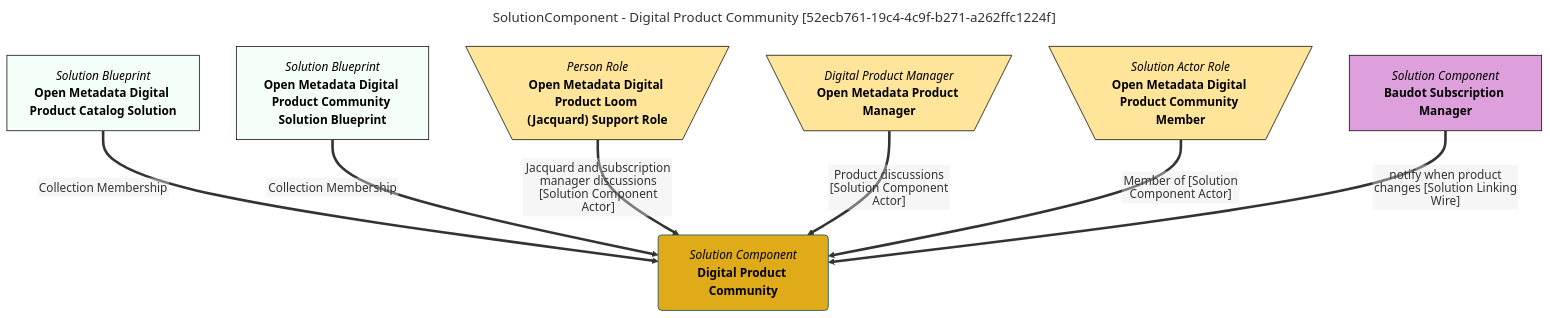
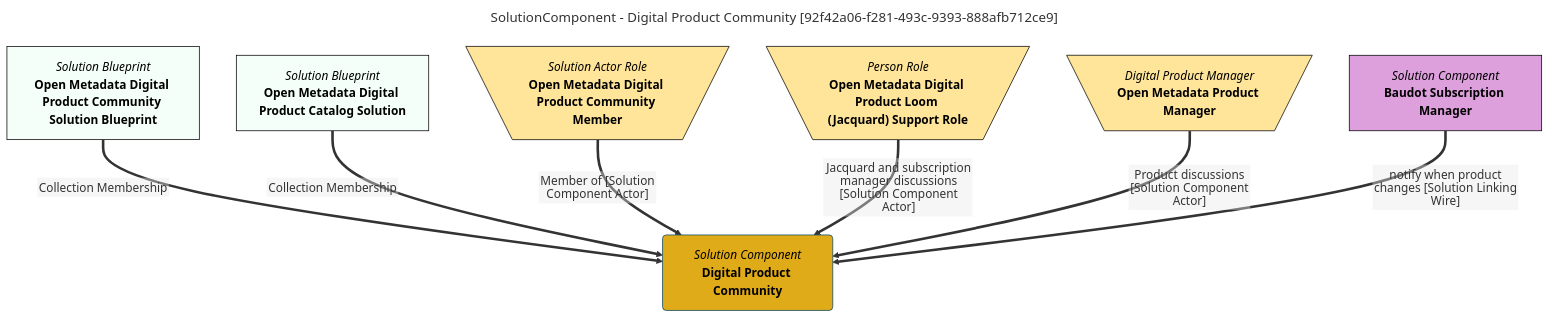
The diagram in site/snippets/blueprints/components/digital-product-community-mermaid-graph.md (odpi/egeria-docs), drawn with Mermaid before and after one commit. The commit also changed 2201 other files, not shown here.

````diff
--- a/site/snippets/blueprints/components/digital-product-community-mermaid-graph.md
+++ b/site/snippets/blueprints/components/digital-product-community-mermaid-graph.md
@@ -1,35 +1,35 @@
 ```mermaid
 ---
-title: SolutionComponent - Digital Product Community [52ecb761-19c4-4c9f-b271-a262ffc1224f]
+title: SolutionComponent - Digital Product Community [92f42a06-f281-493c-9393-888afb712ce9]
 ---
 flowchart TD
 %%{init: {"flowchart": {"htmlLabels": false}} }%%
 
 1@{ shape: rounded, label: "*Solution Component*
 **Digital Product Community**"}
 2@{ shape: rect, label: "*Solution Blueprint*
-**Open Metadata Digital Product Catalog Solution**"}
+**Open Metadata Digital Product Community Solution Blueprint**"}
 2==>|"Collection Membership"|1
 3@{ shape: rect, label: "*Solution Blueprint*
-**Open Metadata Digital Product Community Solution Blueprint**"}
+**Open Metadata Digital Product Catalog Solution**"}
 3==>|"Collection Membership"|1
-4@{ shape: trap-t, label: "*Person Role*
+4@{ shape: trap-t, label: "*Solution Actor Role*
+**Open Metadata Digital Product Community Member**"}
+4==>|"Member of [Solution Component Actor]"|1
+5@{ shape: trap-t, label: "*Person Role*
 **Open Metadata Digital Product Loom (Jacquard) Support Role**"}
-4==>|"Jacquard and subscription manager discussions [Solution Component Actor]"|1
-5@{ shape: trap-t, label: "*Digital Product Manager*
+5==>|"Jacquard and subscription manager discussions [Solution Component Actor]"|1
+6@{ shape: trap-t, label: "*Digital Product Manager*
 **Open Metadata Product Manager**"}
-5==>|"Product discussions [Solution Component Actor]"|1
-6@{ shape: trap-t, label: "*Solution Actor Role*
-**Open Metadata Digital Product Community Member**"}
-6==>|"Member of [Solution Component Actor]"|1
+6==>|"Product discussions [Solution Component Actor]"|1
 7@{ shape: rect, label: "*Solution Component*
 **Baudot Subscription Manager**"}
 7==>|"notify when product changes [Solution Linking Wire]"|1
 style 1 color:#000000, fill:#e0ab18, stroke:#004563
 style 2 color:#000000, fill:#f5fffa, stroke:#000000
 style 3 color:#000000, fill:#f5fffa, stroke:#000000
 style 4 color:#000000, fill:#FFE599, stroke:#000000
 style 5 color:#000000, fill:#FFE599, stroke:#000000
 style 6 color:#000000, fill:#FFE599, stroke:#000000
-style 7 color:#000000, fill:#dda0dd, stroke:#000000
+style 7 color:#000000, fill:#DDA0DD, stroke:#000000
 ```
````
